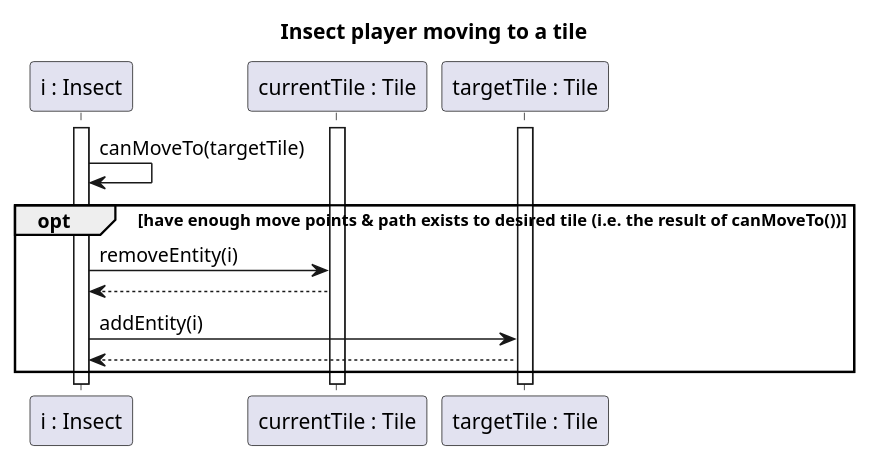
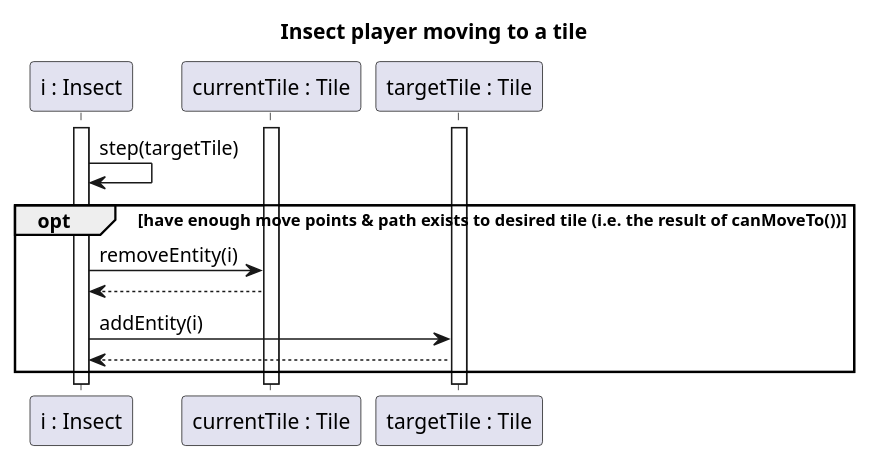
Before and after one commit to Harcipan/Projlab_nullpointerexception: the diagram in diagrams/diagramFiles/SQ_InsectMoving.puml, drawn with PlantUML. The commit also changed 4 other files, not shown here.

```diff
--- a/diagrams/diagramFiles/SQ_InsectMoving.puml
+++ b/diagrams/diagramFiles/SQ_InsectMoving.puml
@@ -1,24 +1,24 @@
 @startuml Insect moving
 
 title Insect player moving to a tile
 
 participant "i : Insect" as I
 participant "currentTile : Tile" as Tx
 participant "targetTile : Tile" as Ty
 
 activate I
 activate Tx
 activate Ty
 
 'tell don't ask... 
-I -> I : canMoveTo(targetTile)
+I -> I : step(targetTile)
 opt  have enough move points & path exists to desired tile (i.e. the result of canMoveTo())
 I -> Tx : removeEntity(i)
 Tx --> I
 I -> Ty : addEntity(i)
 Ty --> I
 end
 
 
 
 @enduml
```
